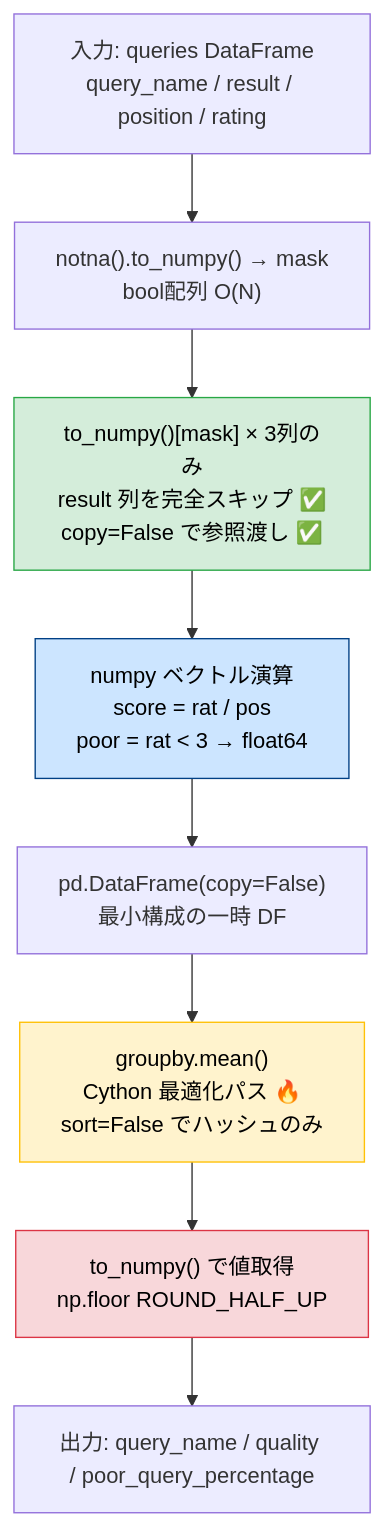
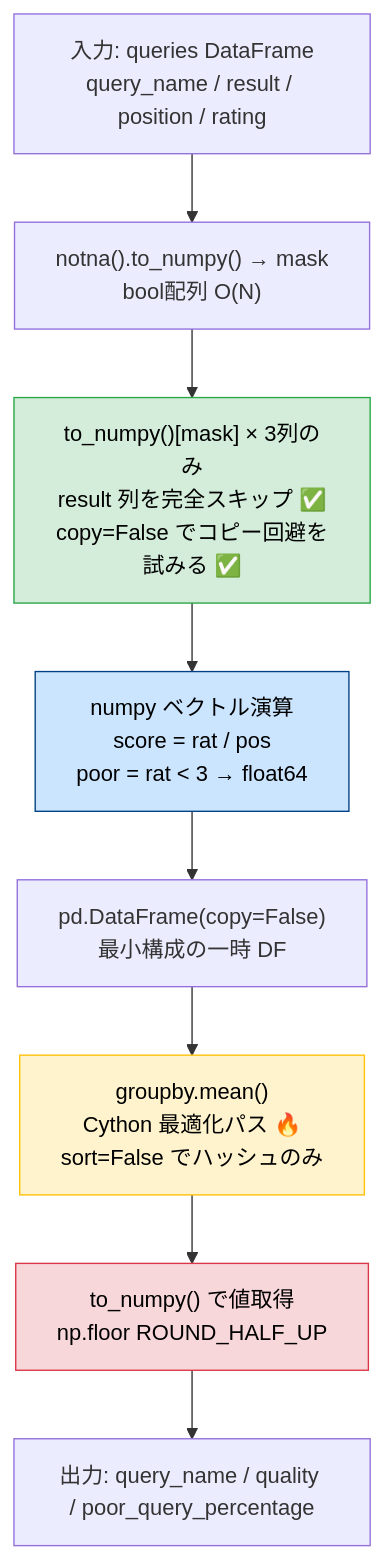
The second of 2 diagrams in SQL/Leetcode/Basic select/1211. Queries Quality and Percentage/Claude Sonnet 4.6 Extended/Queries_Quality_and_Percentage_pandas.md (myoshi2891/Algorithm-DataStructures-Math-SQL), drawn with Mermaid before and after one commit. The commit also changed other lines of this file and 1 other file, not shown here.

Commit message:
Docs: Refine Pandas copy=False/ROUND caveats and PostgreSQL FILTER/HashAgg claims

````diff
--- a/SQL/Leetcode/Basic select/1211. Queries Quality and Percentage/Claude Sonnet 4.6 Extended/Queries_Quality_and_Percentage_pandas.md
+++ b/SQL/Leetcode/Basic select/1211. Queries Quality and Percentage/Claude Sonnet 4.6 Extended/Queries_Quality_and_Percentage_pandas.md
@@ -388,24 +390,24 @@
 ```mermaid
 flowchart TD
     A["入力: queries DataFrame<br>query_name / result / position / rating"]
     B["notna().to_numpy() → mask<br>bool配列 O(N)"]
-    C["to_numpy()[mask] × 3列のみ<br>result 列を完全スキップ ✅<br>copy=False で参照渡し ✅"]
+    C["to_numpy()[mask] × 3列のみ<br>result 列を完全スキップ ✅<br>copy=False でコピー回避を試みる ✅"]
     D["numpy ベクトル演算<br>score = rat / pos<br>poor  = rat < 3 → float64"]
     E["pd.DataFrame(copy=False)<br>最小構成の一時 DF"]
     F["groupby.mean()<br>Cython 最適化パス 🔥<br>sort=False でハッシュのみ"]
     G["to_numpy() で値取得<br>np.floor ROUND_HALF_UP"]
     H["出力: query_name / quality / poor_query_percentage"]
 
     A --> B
     B --> C
     C --> D
     D --> E
     E --> F
     F --> G
     G --> H
 
     style C fill:#d4edda,stroke:#28a745,color:#000
     style D fill:#cce5ff,stroke:#004085,color:#000
     style F fill:#fff3cd,stroke:#ffc107,color:#000
     style G fill:#f8d7da,stroke:#dc3545,color:#000
 ```
````
